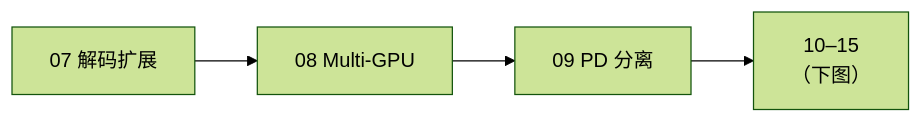
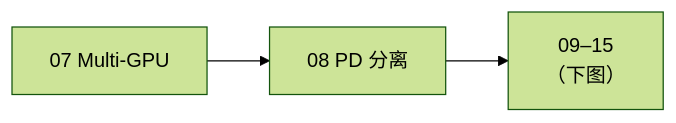
One commit to arganzheng/arganzheng.github.com changed the second of 3 diagrams in slides/2026-08-25-deep-dive-into-vllm.md. Above: the diagram before and after it, drawn with Mermaid (forest theme). The commit also changed other lines of this file and 20 other files, not shown here.

````diff
--- a/slides/2026-08-25-deep-dive-into-vllm.md
+++ b/slides/2026-08-25-deep-dive-into-vllm.md
@@ -54,5 +54,5 @@
 ```mermaid
 %%{init: {"flowchart": {"wrappingWidth": 140}}}%%
 flowchart LR
-    G["07 解码扩展"] --> H["08 Multi-GPU"] --> I["09 PD 分离"] --> J["10–15<br/>（下图）"]
+    H["07 Multi-GPU"] --> I["08 PD 分离"] --> J["09–15<br/>（下图）"]
 ```
````
